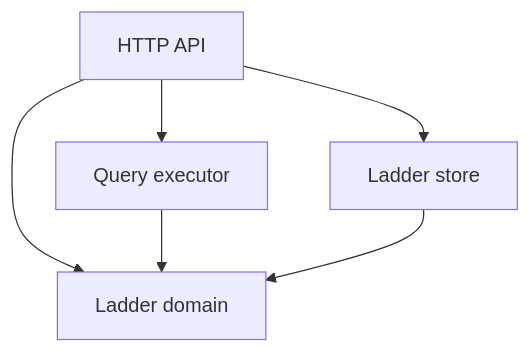
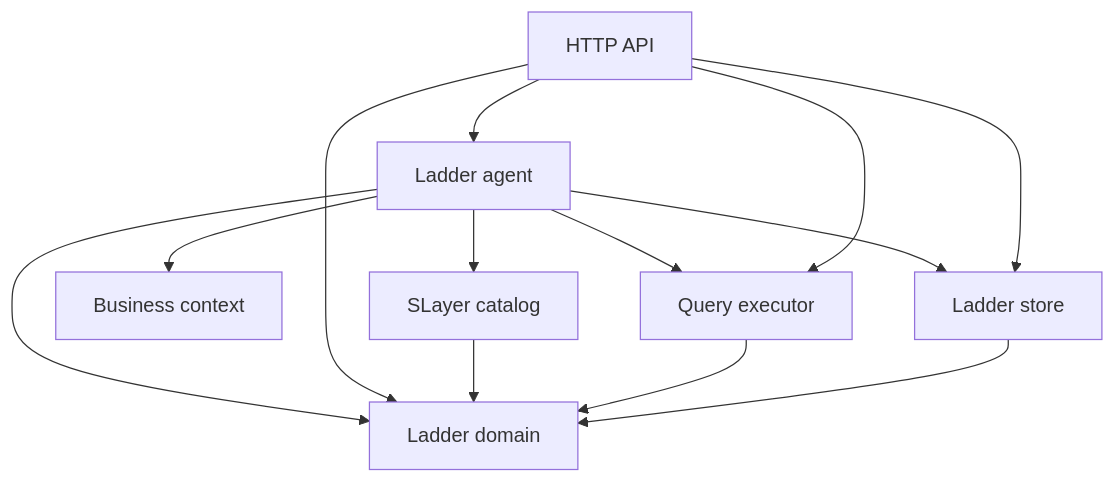
One commit to MotleyAI/galaxy-brain changed the first of 2 diagrams in architecture/system.arc42.md. Above: the diagram before and after it, drawn with Mermaid. The commit also changed other lines of this file and 41 other files, not shown here.

First line of the commit message:
M2: ladder agent builds the ladder from the semantic layer (#2)

````diff
--- a/architecture/system.arc42.md
+++ b/architecture/system.arc42.md
@@ -13,13 +13,23 @@
 ```mermaid
 flowchart TD
   %% python: Backend
+  agent["Ladder agent"]
   api["HTTP API"]
+  catalog["SLayer catalog"]
+  context["Business context"]
   core["Ladder domain"]
   executor["Query executor"]
   traces["Ladder store"]
+  agent --> catalog
+  agent --> context
+  agent --> core
+  agent --> executor
+  agent --> traces
+  api --> agent
   api --> core
   api --> executor
   api --> traces
+  catalog --> core
   executor --> core
   traces --> core
 ```
````
